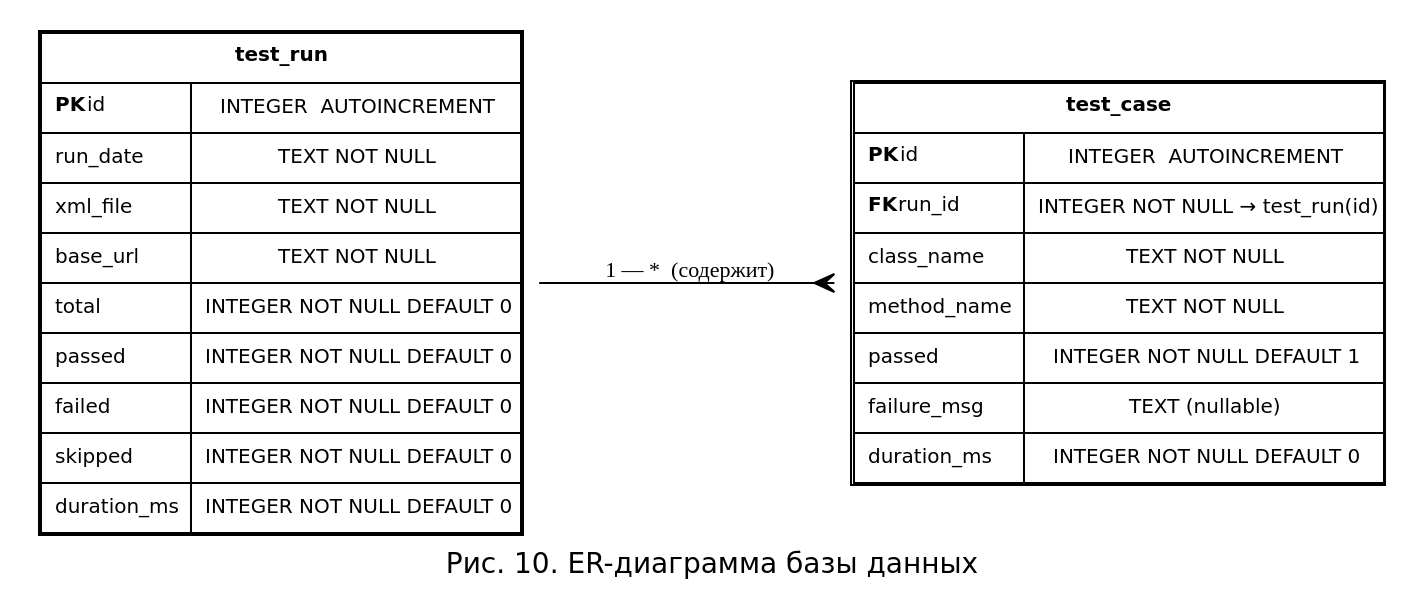
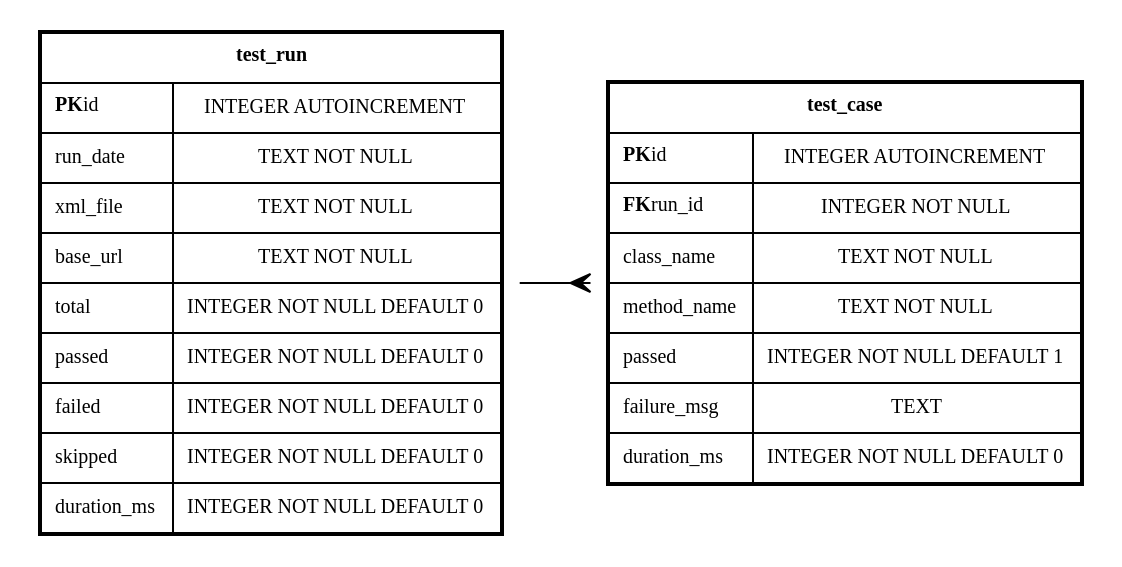
Before and after one commit to nastolbov/AutoTestGeneratorUpdate: the diagram in diagrams/er.dot, drawn with Graphviz. The commit also changed 38 other files, not shown here.

```diff
--- a/diagrams/er.dot
+++ b/diagrams/er.dot
@@ -1,34 +1,33 @@
 digraph ER {
-    rankdir=LR; fontname="DejaVu Sans"; fontsize=14;
-    label="Рис. 10. ER-диаграмма базы данных"; labelloc=b;
-    nodesep=0.7;
-    node [fontname="DejaVu Sans", fontsize=10, shape=plaintext];
+    rankdir=LR; fontname="Liberation Serif";
+    nodesep=0.4;
+    node [fontname="Liberation Serif", fontsize=10, shape=plaintext];
 
     test_run [label=<
         <TABLE BORDER="1" CELLBORDER="1" CELLSPACING="0" CELLPADDING="6" BGCOLOR="white">
         <TR><TD COLSPAN="2"><B>test_run</B></TD></TR>
-        <TR><TD ALIGN="LEFT"><B>PK</B> id</TD><TD>INTEGER  AUTOINCREMENT</TD></TR>
+        <TR><TD ALIGN="LEFT"><B>PK</B> id</TD><TD>INTEGER AUTOINCREMENT</TD></TR>
         <TR><TD ALIGN="LEFT">run_date</TD><TD>TEXT NOT NULL</TD></TR>
         <TR><TD ALIGN="LEFT">xml_file</TD><TD>TEXT NOT NULL</TD></TR>
         <TR><TD ALIGN="LEFT">base_url</TD><TD>TEXT NOT NULL</TD></TR>
         <TR><TD ALIGN="LEFT">total</TD><TD>INTEGER NOT NULL DEFAULT 0</TD></TR>
         <TR><TD ALIGN="LEFT">passed</TD><TD>INTEGER NOT NULL DEFAULT 0</TD></TR>
         <TR><TD ALIGN="LEFT">failed</TD><TD>INTEGER NOT NULL DEFAULT 0</TD></TR>
         <TR><TD ALIGN="LEFT">skipped</TD><TD>INTEGER NOT NULL DEFAULT 0</TD></TR>
         <TR><TD ALIGN="LEFT">duration_ms</TD><TD>INTEGER NOT NULL DEFAULT 0</TD></TR>
         </TABLE>>];
 
     test_case [label=<
         <TABLE BORDER="1" CELLBORDER="1" CELLSPACING="0" CELLPADDING="6" BGCOLOR="white">
         <TR><TD COLSPAN="2"><B>test_case</B></TD></TR>
-        <TR><TD ALIGN="LEFT"><B>PK</B> id</TD><TD>INTEGER  AUTOINCREMENT</TD></TR>
-        <TR><TD ALIGN="LEFT"><B>FK</B> run_id</TD><TD>INTEGER NOT NULL → test_run(id)</TD></TR>
+        <TR><TD ALIGN="LEFT"><B>PK</B> id</TD><TD>INTEGER AUTOINCREMENT</TD></TR>
+        <TR><TD ALIGN="LEFT"><B>FK</B> run_id</TD><TD>INTEGER NOT NULL</TD></TR>
         <TR><TD ALIGN="LEFT">class_name</TD><TD>TEXT NOT NULL</TD></TR>
         <TR><TD ALIGN="LEFT">method_name</TD><TD>TEXT NOT NULL</TD></TR>
         <TR><TD ALIGN="LEFT">passed</TD><TD>INTEGER NOT NULL DEFAULT 1</TD></TR>
-        <TR><TD ALIGN="LEFT">failure_msg</TD><TD>TEXT (nullable)</TD></TR>
+        <TR><TD ALIGN="LEFT">failure_msg</TD><TD>TEXT</TD></TR>
         <TR><TD ALIGN="LEFT">duration_ms</TD><TD>INTEGER NOT NULL DEFAULT 0</TD></TR>
         </TABLE>>];
 
-    test_run -> test_case [label="  1 — *  (содержит)", arrowhead=crow, arrowtail=none, dir=both, fontsize=11];
+    test_run -> test_case [arrowhead=crow, arrowtail=none, dir=both];
 }
```
